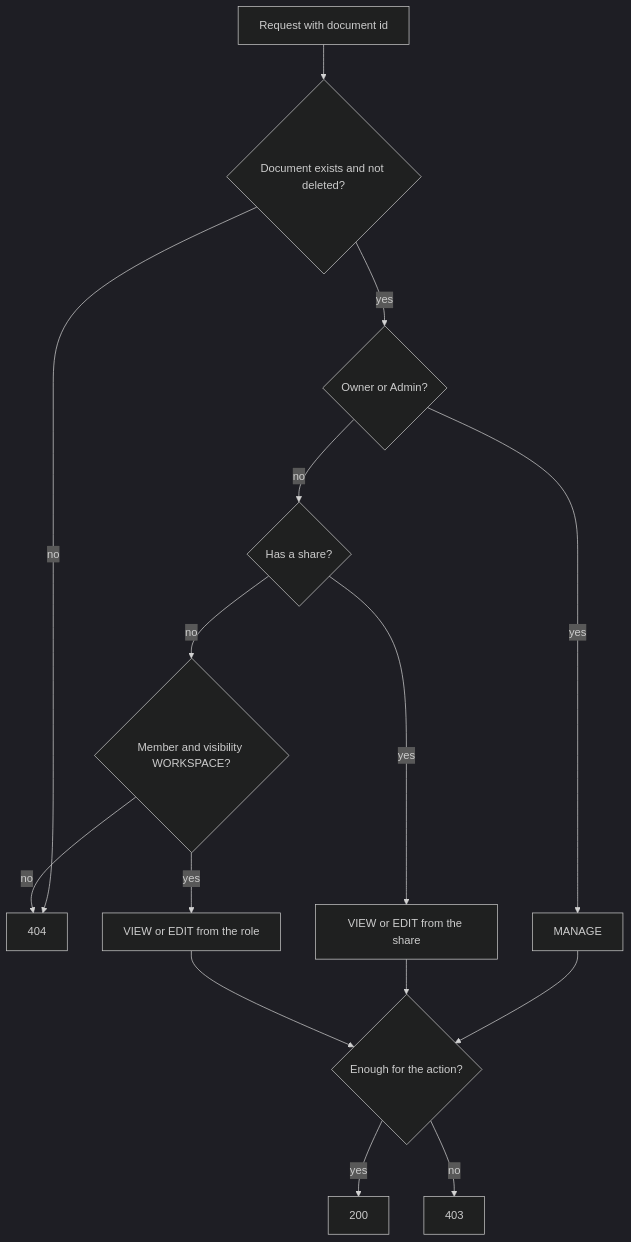
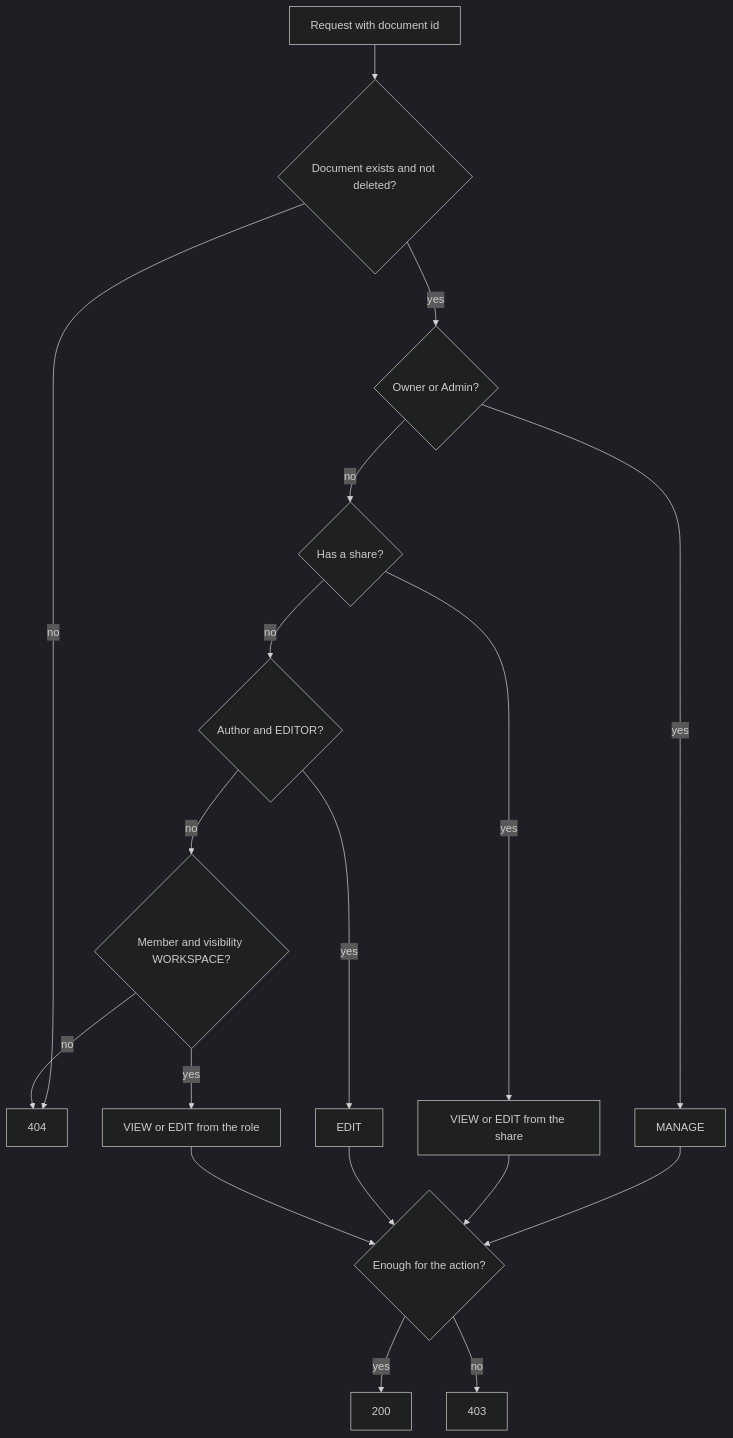
The second of 5 diagrams in README.md (JuFios/collab-docs), drawn with Mermaid (dark theme) before and after one commit. The commit also changed other lines of this file and 13 other files, not shown here.

````diff
--- a/README.md
+++ b/README.md
@@ -469,17 +471,20 @@
 ```mermaid
 flowchart TD
   A[Request with document id] --> B{Document exists and not deleted?}
   B -- no --> N[404]
   B -- yes --> C{Owner or Admin?}
   C -- yes --> M[MANAGE]
   C -- no --> D{Has a share?}
   D -- yes --> S[VIEW or EDIT from the share]
-  D -- no --> E{Member and visibility WORKSPACE?}
+  D -- no --> AU{Author and EDITOR?}
+  AU -- yes --> AE[EDIT]
+  AU -- no --> E{Member and visibility WORKSPACE?}
   E -- yes --> R[VIEW or EDIT from the role]
   E -- no --> N
   M --> G{Enough for the action?}
   S --> G
+  AE --> G
   R --> G
   G -- yes --> OK[200]
   G -- no --> F[403]
 ```
````
